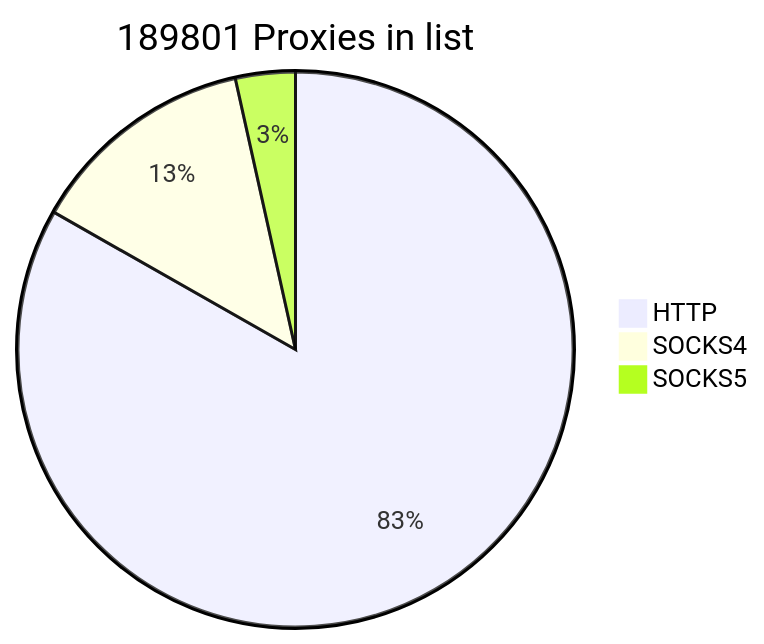
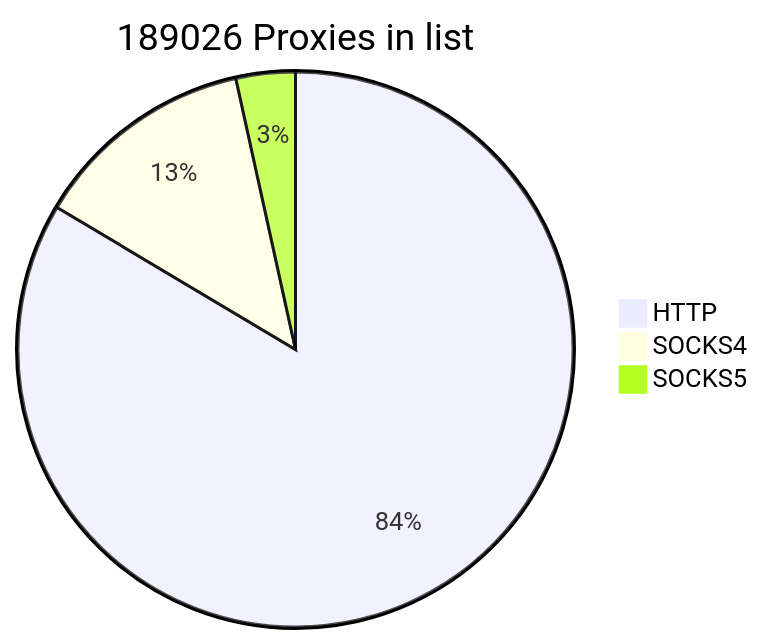
Before and after one commit to cutipu/proxylist: the first of 2 diagrams in README.md, drawn with Mermaid. The commit also changed other lines of this file, not shown here.

````diff
--- a/README.md
+++ b/README.md
@@ -2,7 +2,7 @@
 ```mermaid
-pie title 189801 Proxies in list
-    "HTTP" : 157960
-    "SOCKS4" : 25240
-    "SOCKS5" : 6601
+pie title 189026 Proxies in list
+    "HTTP" : 157939
+    "SOCKS4" : 24566
+    "SOCKS5" : 6521
             
 ```
````
